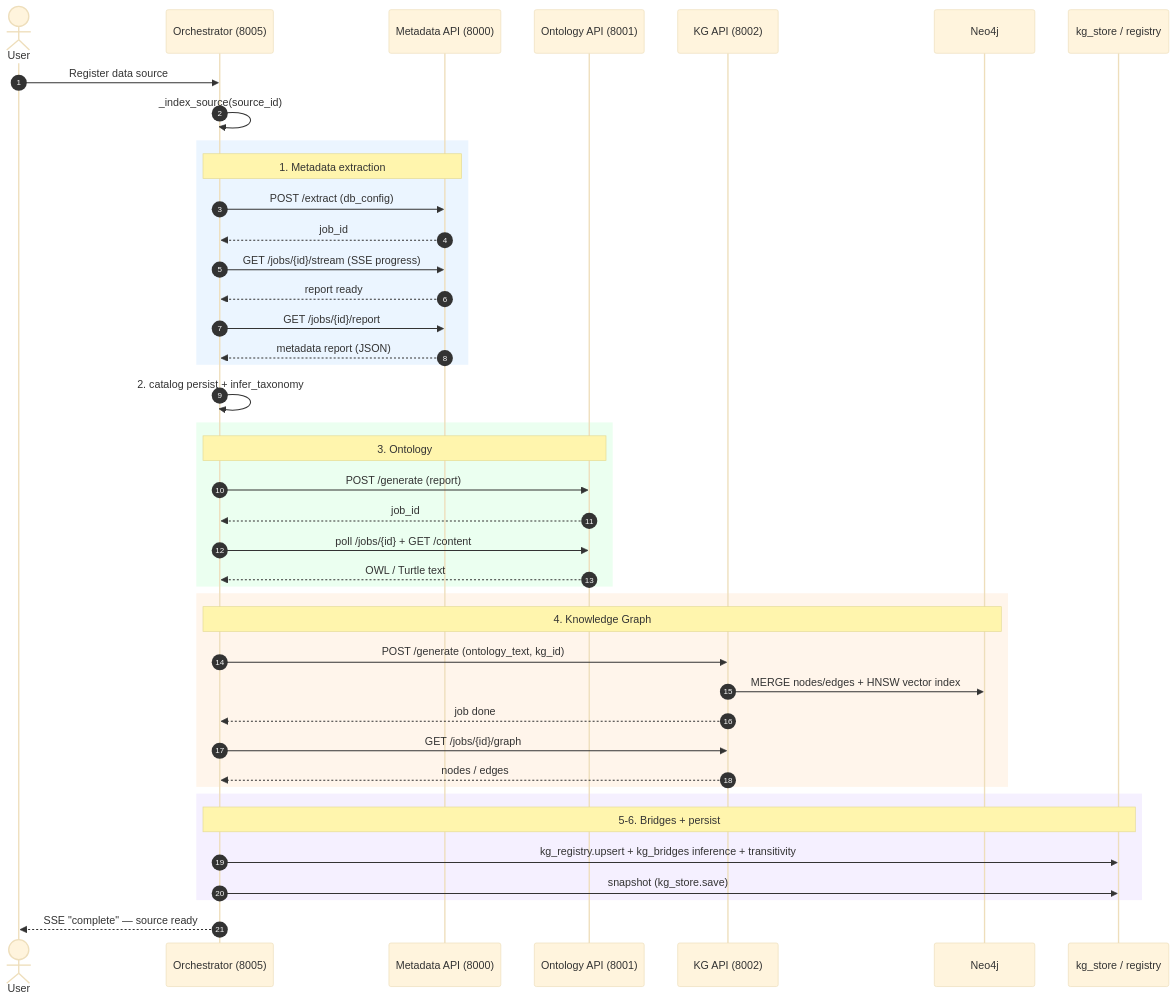
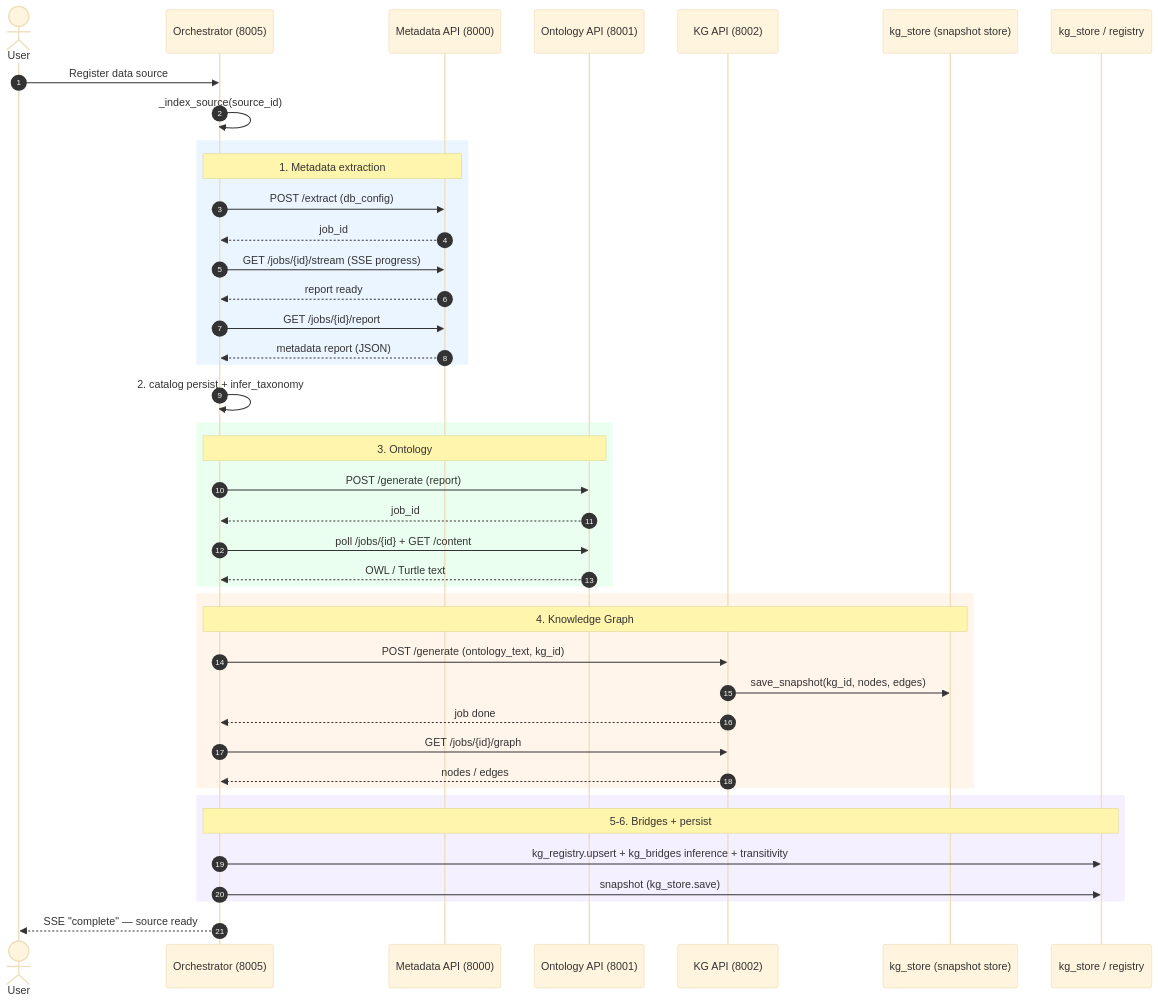
The first of 3 diagrams in docs/DataNanite_Architecture.md (sreejadhar/3M), drawn with Mermaid (base theme) before and after one commit. The commit also changed other lines of this file and 21 other files, not shown here.

First line of the commit message:
refactor(kg): remove Neo4j/Gremlin, persist all KG storage via kg_store snapshots

````diff
--- a/docs/DataNanite_Architecture.md
+++ b/docs/DataNanite_Architecture.md
@@ -659,51 +663,51 @@
 ```mermaid
 sequenceDiagram
     autonumber
     actor User
     participant ORCH as Orchestrator (8005)
     participant MD as Metadata API (8000)
     participant ONT as Ontology API (8001)
     participant KG as KG API (8002)
-    participant NEO as Neo4j
+    participant SNAP as kg_store (snapshot store)
     participant STORE as kg_store / registry
 
     User->>ORCH: Register data source
     ORCH->>ORCH: _index_source(source_id)
 
     rect rgb(235,245,255)
     Note over ORCH,MD: 1. Metadata extraction
     ORCH->>MD: POST /extract (db_config)
     MD-->>ORCH: job_id
     ORCH->>MD: GET /jobs/{id}/stream (SSE progress)
     MD-->>ORCH: report ready
     ORCH->>MD: GET /jobs/{id}/report
     MD-->>ORCH: metadata report (JSON)
     end
 
     ORCH->>ORCH: 2. catalog persist + infer_taxonomy
 
     rect rgb(235,255,240)
     Note over ORCH,ONT: 3. Ontology
     ORCH->>ONT: POST /generate (report)
     ONT-->>ORCH: job_id
     ORCH->>ONT: poll /jobs/{id} + GET /content
     ONT-->>ORCH: OWL / Turtle text
     end
 
     rect rgb(255,245,235)
-    Note over ORCH,NEO: 4. Knowledge Graph
+    Note over ORCH,SNAP: 4. Knowledge Graph
     ORCH->>KG: POST /generate (ontology_text, kg_id)
-    KG->>NEO: MERGE nodes/edges + HNSW vector index
+    KG->>SNAP: save_snapshot(kg_id, nodes, edges)
     KG-->>ORCH: job done
     ORCH->>KG: GET /jobs/{id}/graph
     KG-->>ORCH: nodes / edges
     end
 
     rect rgb(245,240,255)
     Note over ORCH,STORE: 5-6. Bridges + persist
     ORCH->>STORE: kg_registry.upsert + kg_bridges inference + transitivity
     ORCH->>STORE: snapshot (kg_store.save)
     end
 
     ORCH-->>User: SSE "complete" — source ready
 ```
````
